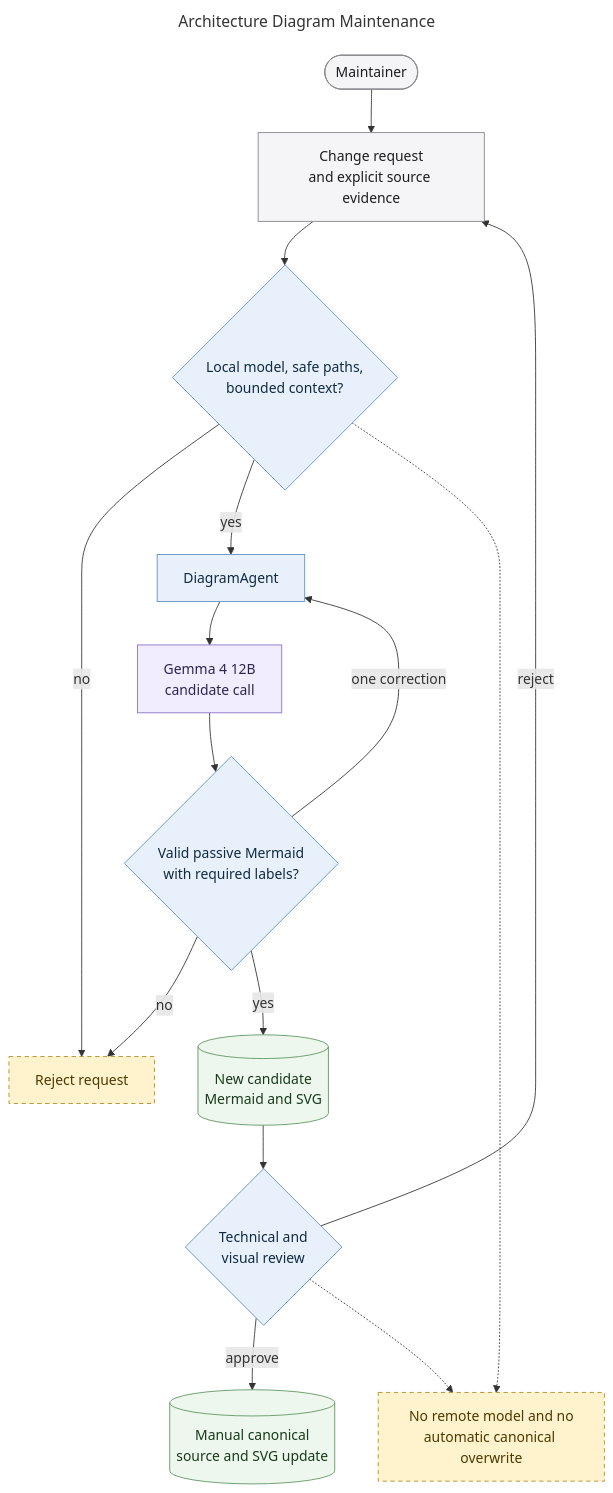
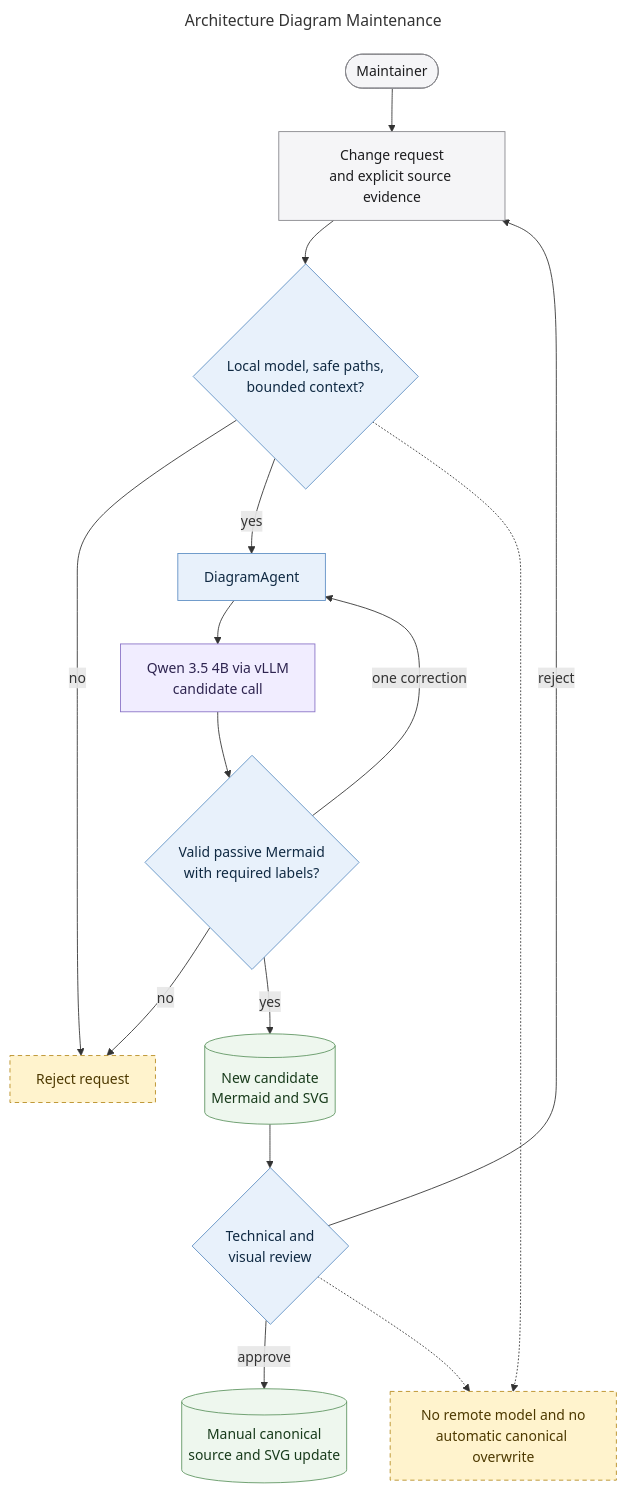
The diagram in docs/diagrams/architecture-maintenance-subsystem.mmd (MallyaAni/PersonalAssistant), drawn with Mermaid before and after one commit. The commit also changed 41 other files, not shown here.

```diff
--- a/docs/diagrams/architecture-maintenance-subsystem.mmd
+++ b/docs/diagrams/architecture-maintenance-subsystem.mmd
@@ -1,31 +1,31 @@
 ---
 title: Architecture Diagram Maintenance
 ---
 flowchart TB
     Maintainer([Maintainer]) --> Request[Change request<br/>and explicit source evidence]
     Request --> Guards{Local model, safe paths,<br/>bounded context?}
     Guards -->|no| Reject[Reject request]
     Guards -->|yes| Agent[DiagramAgent]
-    Agent --> Gemma[Gemma 4 12B<br/>candidate call]
-    Gemma --> Validate{Valid passive Mermaid<br/>with required labels?}
+    Agent --> Qwen[Qwen 3.5 4B via vLLM<br/>candidate call]
+    Qwen --> Validate{Valid passive Mermaid<br/>with required labels?}
     Validate -->|one correction| Agent
     Validate -->|no| Reject
     Validate -->|yes| Candidate[(New candidate<br/>Mermaid and SVG)]
     Candidate --> Review{Technical and<br/>visual review}
     Review -->|reject| Request
     Review -->|approve| Canonical[(Manual canonical<br/>source and SVG update)]
 
     Protection[No remote model and no<br/>automatic canonical overwrite]
     Guards -.-> Protection
     Review -.-> Protection
 
     classDef interface fill:#f5f5f7,stroke:#86868b,color:#1d1d1f;
     classDef application fill:#e8f1fb,stroke:#5e8fc4,color:#102a43;
     classDef data fill:#eef7ee,stroke:#5f9562,color:#183b1b;
     classDef external fill:#f1edff,stroke:#8872c6,color:#2e2450;
     classDef warning fill:#fff3cd,stroke:#b78b20,color:#4d3900,stroke-dasharray:5 4;
     class Maintainer,Request interface;
     class Guards,Agent,Validate,Review application;
     class Candidate,Canonical data;
-    class Gemma external;
+    class Qwen external;
     class Reject,Protection warning;
```
